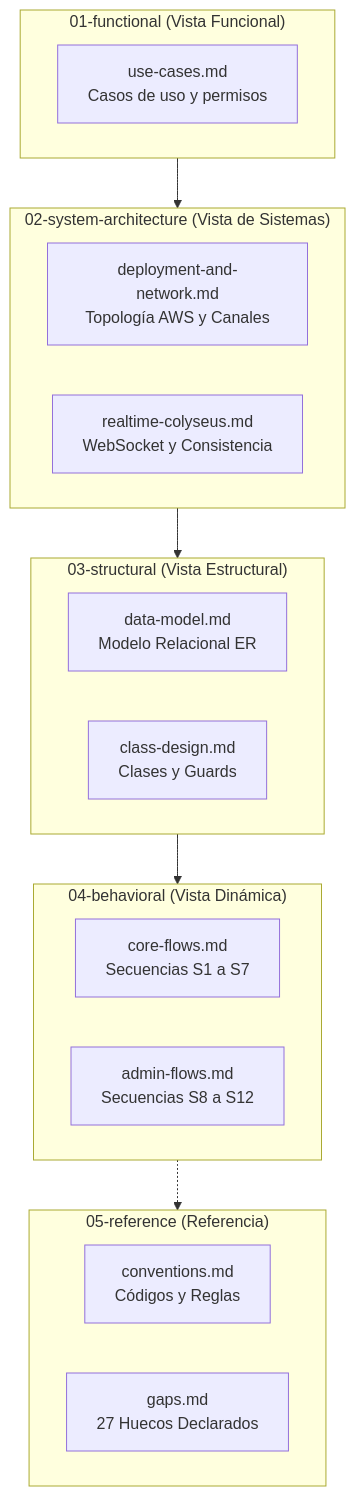
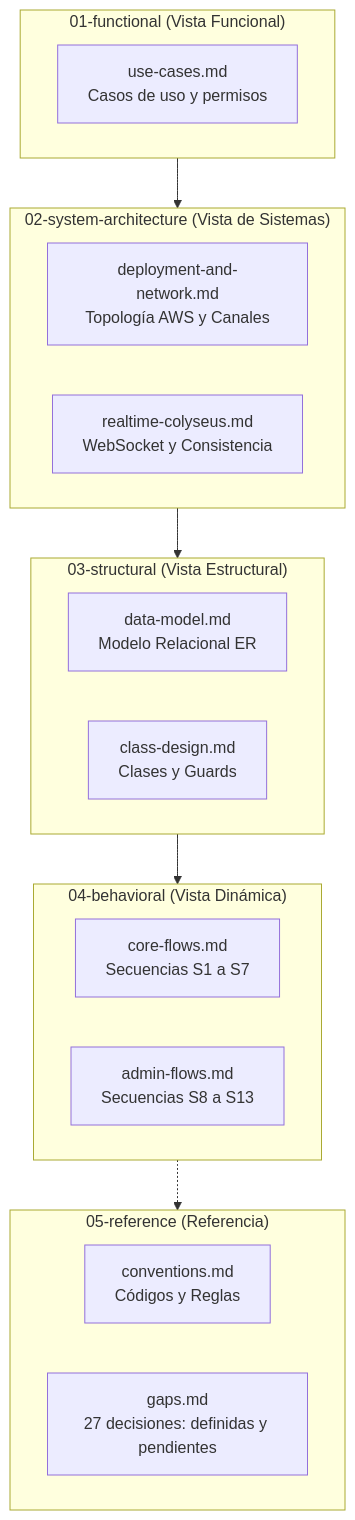
One commit to Agustin742/integratec-final-back changed the diagram in docs/diagrams/README.md. Above: the diagram before and after it, drawn with Mermaid. The commit also changed other lines of this file and 12 other files, not shown here.

Commit message:
docs(diagrams): refresh resolved decisions and authoritative references

````diff
--- a/docs/diagrams/README.md
+++ b/docs/diagrams/README.md
@@ -13,32 +13,32 @@
 ```mermaid
 flowchart TD
   subgraph F["01-functional (Vista Funcional)"]
     direction LR
     UC["use-cases.md<br/>Casos de uso y permisos"]
   end
   subgraph S["02-system-architecture (Vista de Sistemas)"]
     direction LR
     DEP["deployment-and-network.md<br/>Topología AWS y Canales"]
     RT["realtime-colyseus.md<br/>WebSocket y Consistencia"]
   end
   subgraph E["03-structural (Vista Estructural)"]
     direction LR
     DM["data-model.md<br/>Modelo Relacional ER"]
     CL["class-design.md<br/>Clases y Guards"]
   end
   subgraph B["04-behavioral (Vista Dinámica)"]
     direction LR
     SC["core-flows.md<br/>Secuencias S1 a S7"]
-    SA["admin-flows.md<br/>Secuencias S8 a S12"]
+    SA["admin-flows.md<br/>Secuencias S8 a S13"]
   end
   subgraph R["05-reference (Referencia)"]
     direction LR
     CV["conventions.md<br/>Códigos y Reglas"]
-    GP["gaps.md<br/>27 Huecos Declarados"]
+    GP["gaps.md<br/>27 decisiones: definidas y pendientes"]
   end
 
   F --> S
   S --> E
   E --> B
   B -.-> R
 ```
````
